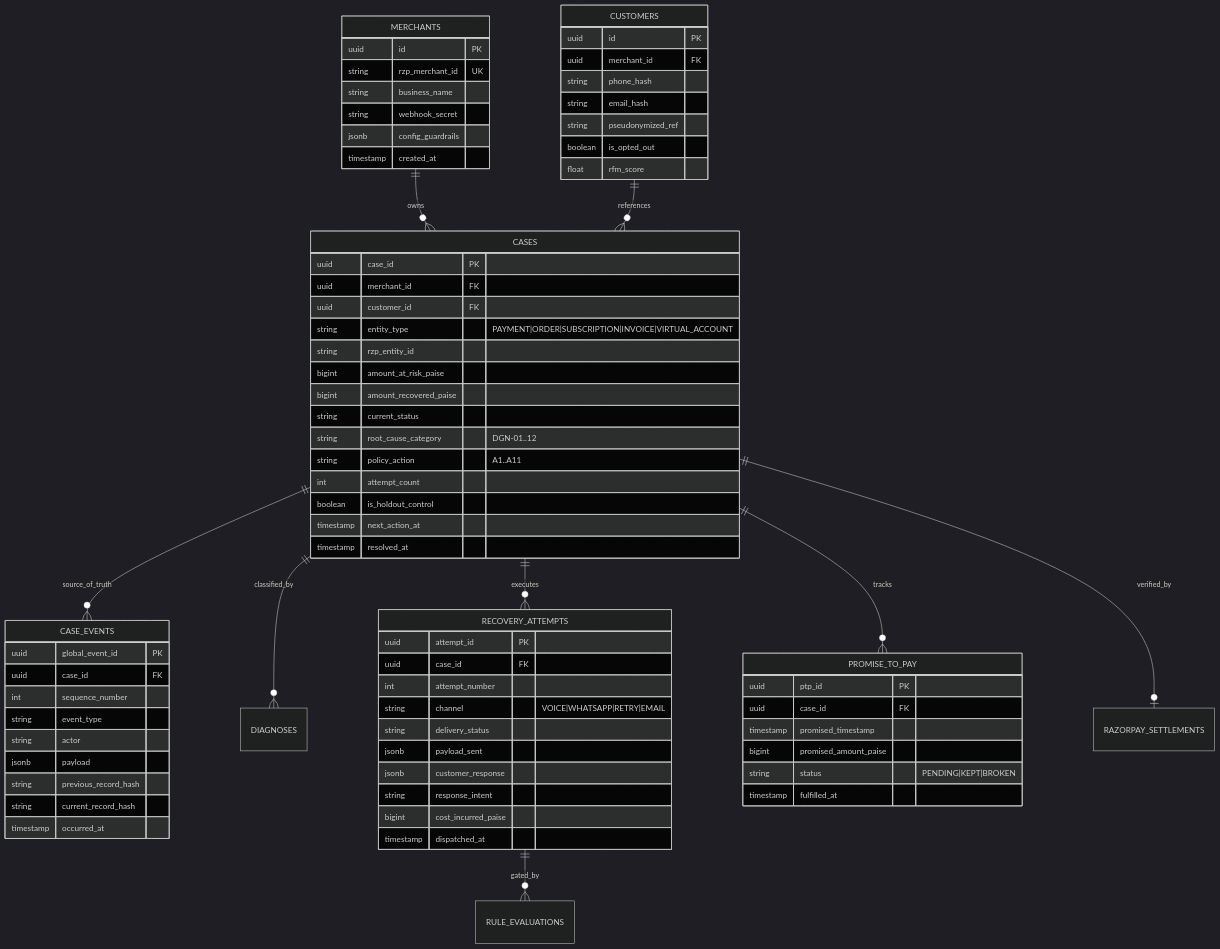
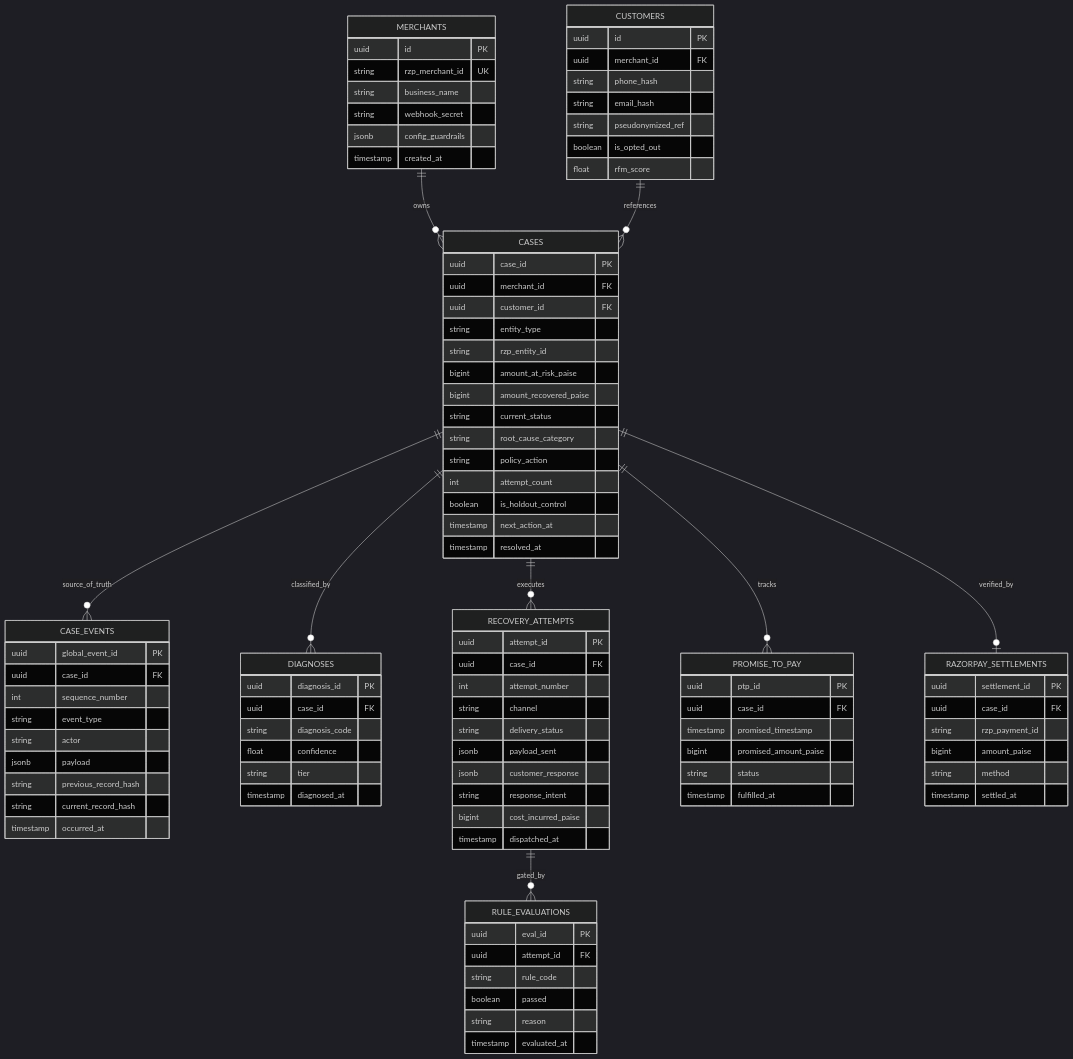
One commit to Adityaraj1969/Razorpay-Revenue-Recovery changed the diagram in docs/Design.md. Above: the diagram before and after it, drawn with Mermaid (dark theme). The commit also changed 1 other file, not shown here.

Commit message:
fix(docs): synchronize System Architecture diagram with README and activate clean ER diagram & Rate Limit mitigation flowchart

````diff
--- a/docs/Design.md
+++ b/docs/Design.md
@@ -45,13 +45,13 @@
         uuid case_id PK
         uuid merchant_id FK
         uuid customer_id FK
-        string entity_type "PAYMENT|ORDER|SUBSCRIPTION|INVOICE|VIRTUAL_ACCOUNT"
+        string entity_type
         string rzp_entity_id
         bigint amount_at_risk_paise
         bigint amount_recovered_paise
         string current_status
-        string root_cause_category "DGN-01..12"
-        string policy_action "A1..A11"
+        string root_cause_category
+        string policy_action
         int attempt_count
         boolean is_holdout_control
         timestamp next_action_at
@@ -70,11 +70,20 @@
         timestamp occurred_at
     }
 
+    DIAGNOSES {
+        uuid diagnosis_id PK
+        uuid case_id FK
+        string diagnosis_code
+        float confidence
+        string tier
+        timestamp diagnosed_at
+    }
+
     RECOVERY_ATTEMPTS {
         uuid attempt_id PK
         uuid case_id FK
         int attempt_number
-        string channel "VOICE|WHATSAPP|RETRY|EMAIL"
+        string channel
         string delivery_status
         jsonb payload_sent
         jsonb customer_response
@@ -88,7 +97,25 @@
         uuid case_id FK
         timestamp promised_timestamp
         bigint promised_amount_paise
-        string status "PENDING|KEPT|BROKEN"
+        string status
         timestamp fulfilled_at
     }
+
+    RULE_EVALUATIONS {
+        uuid eval_id PK
+        uuid attempt_id FK
+        string rule_code
+        boolean passed
+        string reason
+        timestamp evaluated_at
+    }
+
+    RAZORPAY_SETTLEMENTS {
+        uuid settlement_id PK
+        uuid case_id FK
+        string rzp_payment_id
+        bigint amount_paise
+        string method
+        timestamp settled_at
+    }
 ```
````
